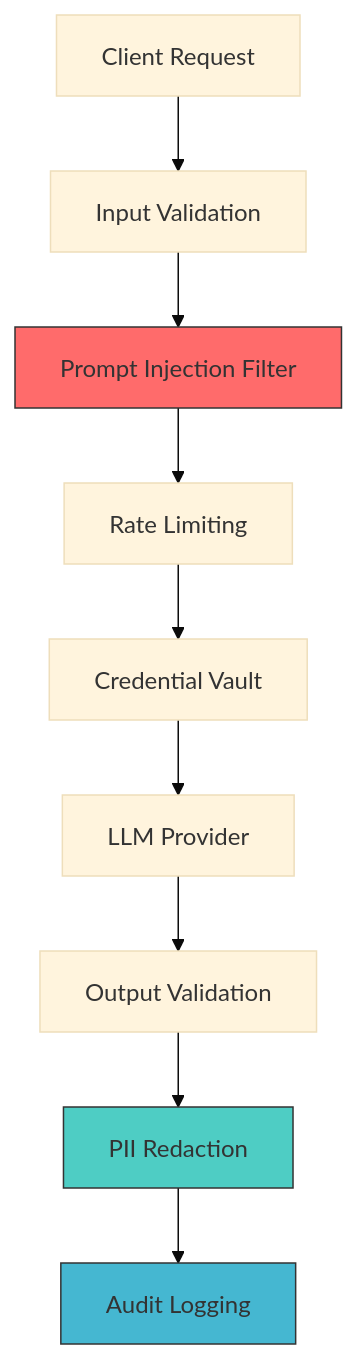
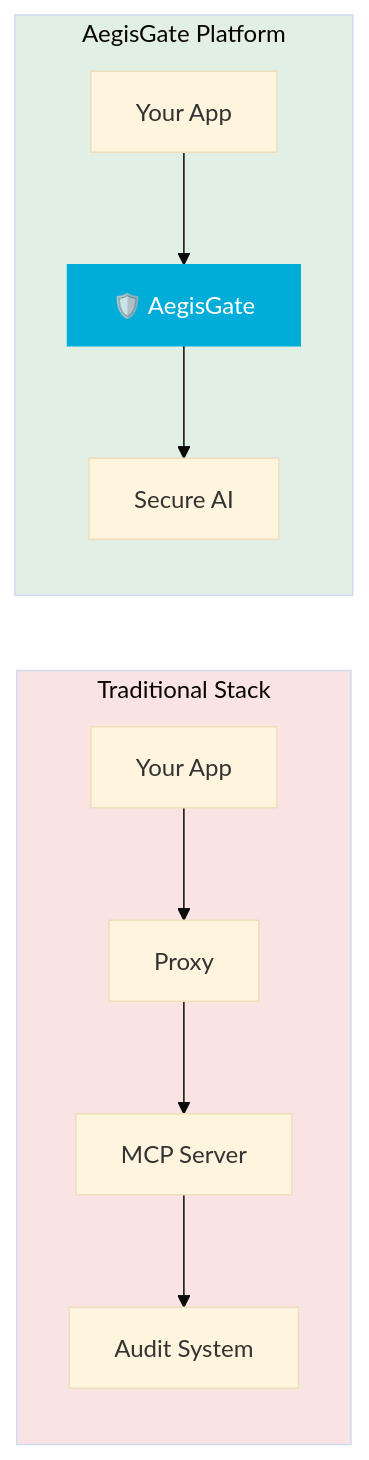
Before and after one commit to aegisgatesecurity/aegisgate-platform: the first of 2 diagrams in README.md, drawn with Mermaid (base theme). The commit also changed other lines of this file, not shown here.

Commit message:
docs: reorganize README for better flow

````diff
--- a/README.md
+++ b/README.md
@@ -149,15 +46,17 @@
 ```mermaid
-graph TD
-    A[Client Request] --> B[Input Validation]
-    B --> C[Prompt Injection Filter]
-    C --> D[Rate Limiting]
-    D --> E[Credential Vault]
-    E --> F[LLM Provider]
-    F --> G[Output Validation]
-    G --> H[PII Redaction]
-    H --> I[Audit Logging]
+flowchart LR
+    subgraph Traditional["Traditional Stack"]
+        A[Your App] --> B[Proxy]
+        B --> C[MCP Server]
+        C --> D[Audit System]
+        style Traditional fill:#da363322
+    end
+
+        subgraph AegisGate["AegisGate Platform"]
+        E[Your App] --> F["🛡️ AegisGate"]
+        F --> G[Secure AI]
+        style AegisGate fill:#23863622
+        style F fill:#00ADD8,stroke:#00ADD8,color:#fff
+    end
     
-    style C fill:#ff6b6b,stroke:#333
-    style H fill:#4ecdc4,stroke:#333
-    style I fill:#45b7d1,stroke:#333
 ```
````
